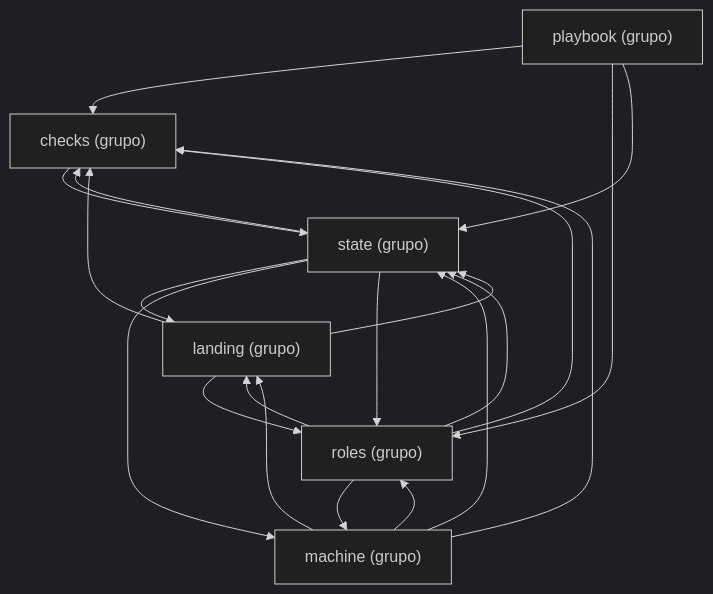
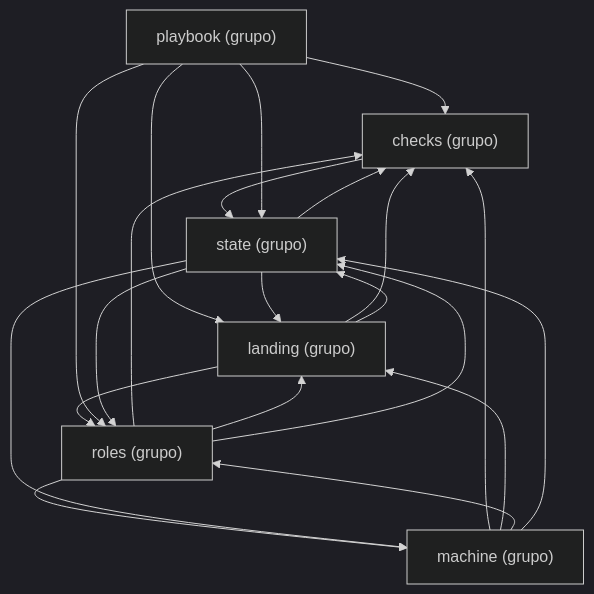
The diagram in docs/architecture/generated/packages-process-domain.md (GonzaloZevallos/agentic-system), drawn with Mermaid (dark theme) before and after one commit. The commit also changed other lines of this file and 45 other files, not shown here.

````diff
--- a/docs/architecture/generated/packages-process-domain.md
+++ b/docs/architecture/generated/packages-process-domain.md
@@ -25,28 +24,29 @@
 ```mermaid
 graph TD
     g_domain__checks["checks (grupo)"]
     g_domain__landing["landing (grupo)"]
     g_domain__machine["machine (grupo)"]
     g_domain__playbook["playbook (grupo)"]
     g_domain__roles["roles (grupo)"]
     g_domain__state["state (grupo)"]
     g_domain__checks --> g_domain__state
     g_domain__landing --> g_domain__checks
     g_domain__landing --> g_domain__roles
     g_domain__landing --> g_domain__state
     g_domain__machine --> g_domain__checks
     g_domain__machine --> g_domain__landing
     g_domain__machine --> g_domain__roles
     g_domain__machine --> g_domain__state
     g_domain__playbook --> g_domain__checks
+    g_domain__playbook --> g_domain__landing
     g_domain__playbook --> g_domain__roles
     g_domain__playbook --> g_domain__state
     g_domain__roles --> g_domain__checks
     g_domain__roles --> g_domain__landing
     g_domain__roles --> g_domain__machine
     g_domain__roles --> g_domain__state
     g_domain__state --> g_domain__checks
     g_domain__state --> g_domain__landing
     g_domain__state --> g_domain__machine
     g_domain__state --> g_domain__roles
 ```
````
